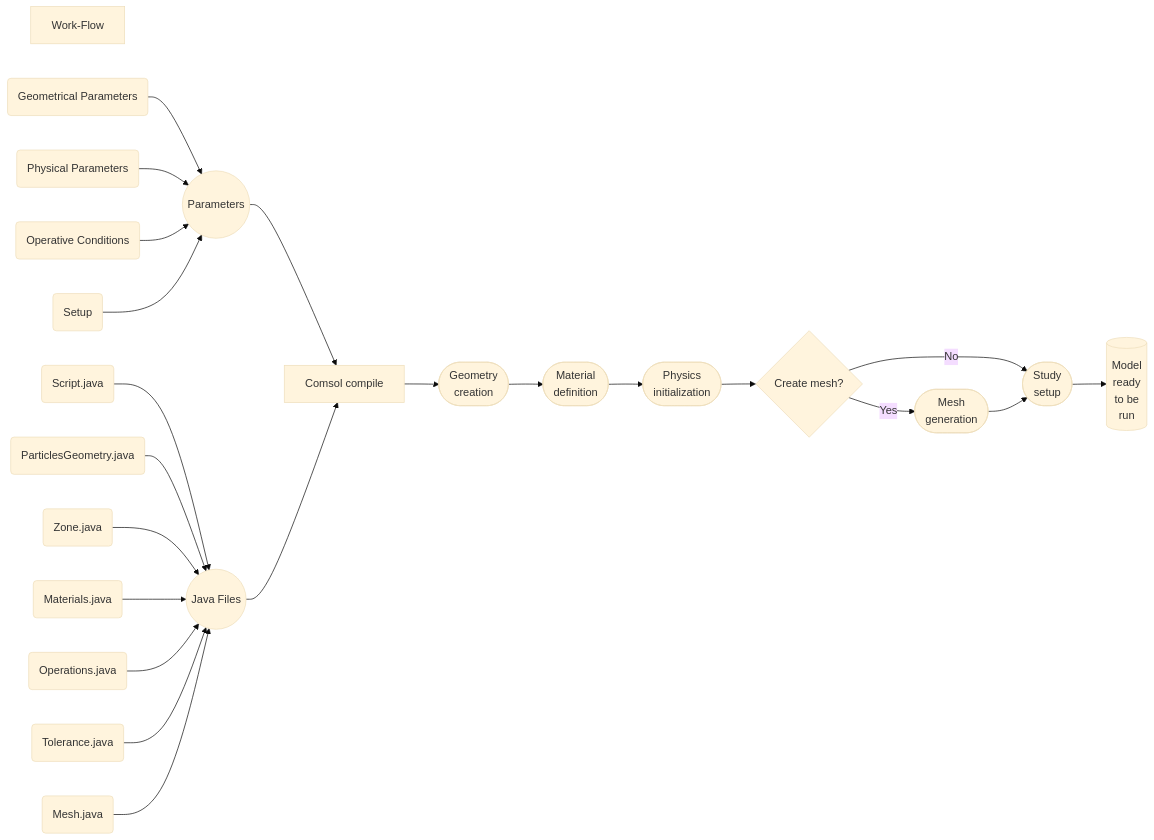
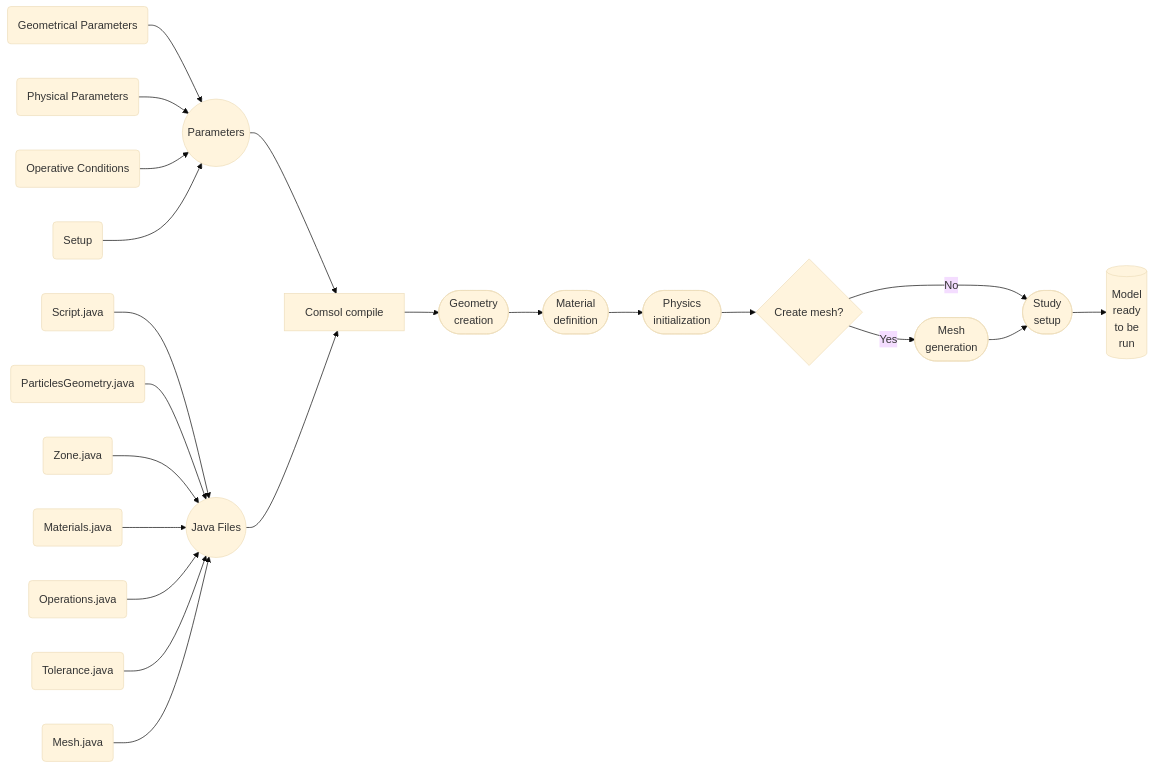
Before and after one commit to mulmopro/battery_porescale: the diagram in README.md, drawn with Mermaid (base theme).

````diff
--- a/README.md
+++ b/README.md
@@ -7,25 +7,24 @@
 ```mermaid
 graph LR
-TOP[Work-Flow]
   IN1(Geometrical Parameters)-->O1((Parameters))
   IN2(Physical Parameters)-->O1
   IN3(Operative Conditions)-->O1
   IN4(Setup)-->O1
   IN5(Script.java)-->O2((Java Files))
   IN6(ParticlesGeometry.java)-->O2
   IN7(Zone.java)-->O2
   IN8(Materials.java)-->O2
   IN9(Operations.java)-->O2
   IN10(Tolerance.java)-->O2
   IN11(Mesh.java)-->O2
   O1-->BLK1[Comsol compile]
   O2-->BLK1
   BLK1-->PK1([Geometry <br> creation])
   PK1-->PK2([Material <br> definition])
   PK2-->PK3([Physics <br> initialization])
   PK3-->PK4{Create mesh?}
   PK4-->|Yes|PK5([Mesh <br> generation])
   PK4-->|No|PK6([Study <br> setup])
   PK5-->PK6
   PK6-->PK7[(Model <br> ready <br> to be <br> run)]
 ```
````
